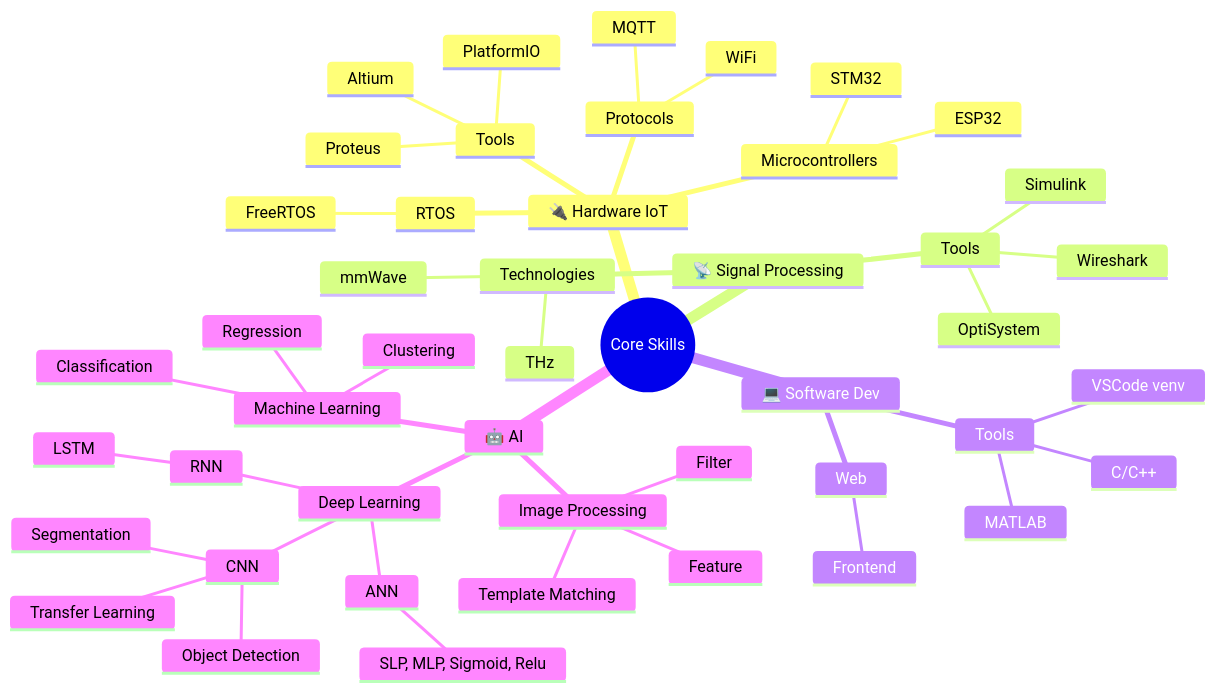
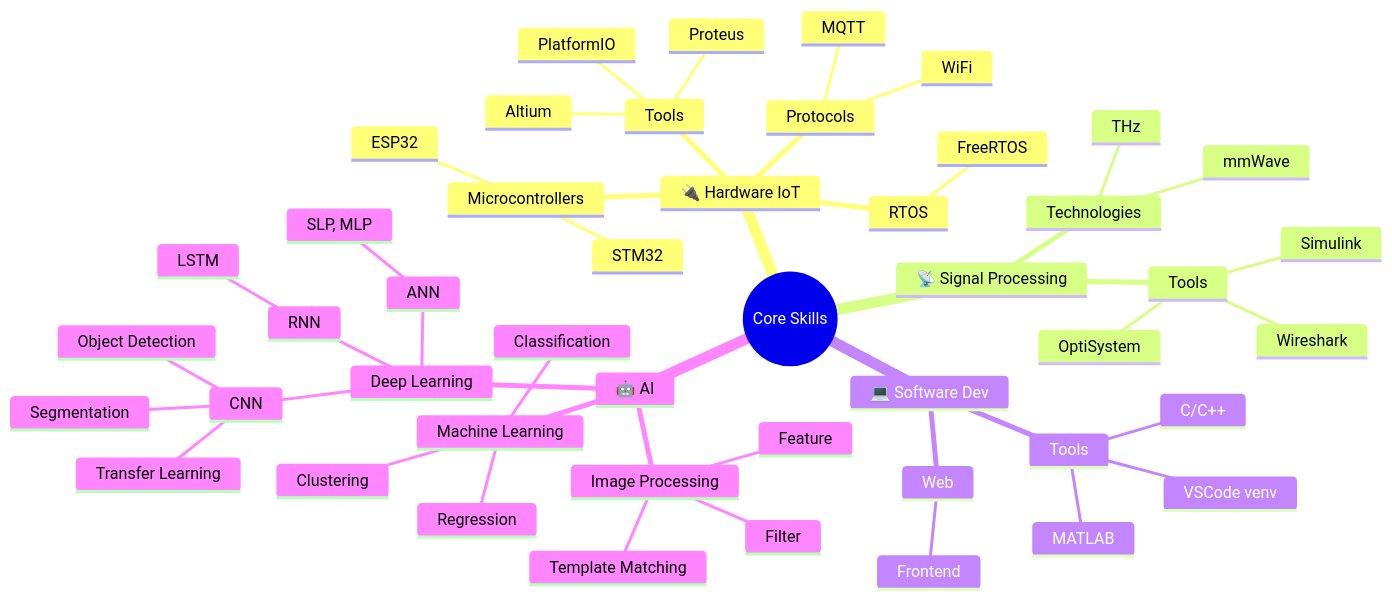
Before and after one commit to bathanh0309/bathanh0309: the diagram in README.md, drawn with Mermaid.

````diff
--- a/README.md
+++ b/README.md
@@ -141,50 +141,50 @@
 ```mermaid
 mindmap
   root((Core Skills))
     🔌 Hardware IoT
       Microcontrollers
         ESP32
         STM32
       RTOS
         FreeRTOS
       Protocols
         MQTT
         WiFi
       Tools
         PlatformIO
         Proteus
         Altium
     📡 Signal Processing
       Technologies
         mmWave
         THz
       Tools
         Simulink
         OptiSystem
         Wireshark
     💻 Software Dev
       Web
         Frontend
       Tools
         VSCode venv
         MATLAB
         C/C++
     🤖 AI 
       Machine Learning
         Classification
         Regression
         Clustering
       Deep Learning
         ANN
-          SLP, MLP, Sigmoid, Relu
+          SLP, MLP
         CNN
           Segmentation
           Object Detection
           Transfer Learning
         RNN
           LSTM
       Image Processing
         Feature
         Filter
         Template Matching
 ```
````
